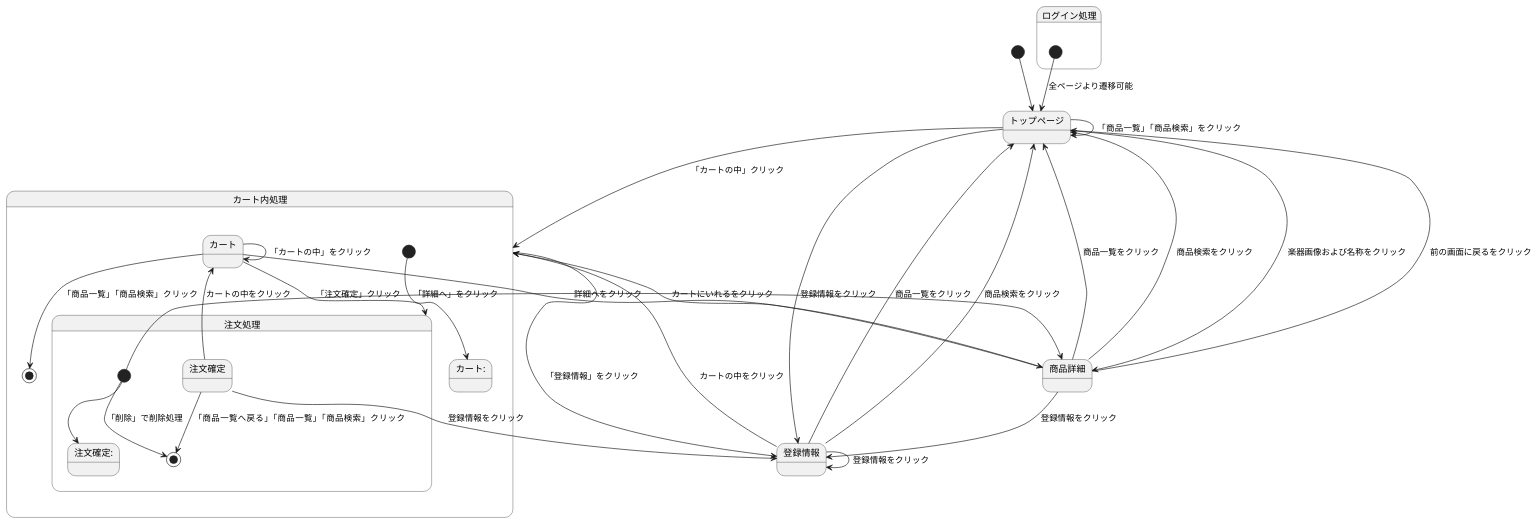
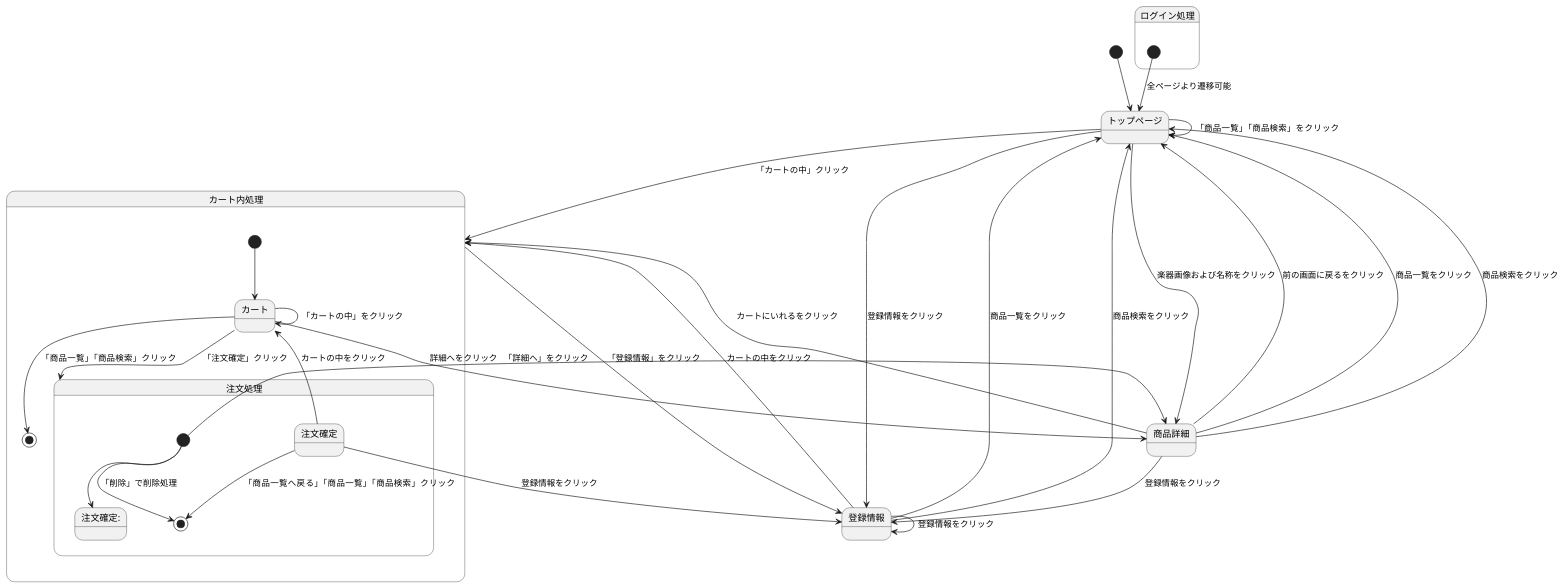
The third of 3 diagrams in stm01.md (Aso2001374/2021sys-design), drawn with PlantUML before and after one commit.

````diff
--- a/stm01.md
+++ b/stm01.md
@@ -55,52 +55,52 @@
 ```uml
 @startuml
 [*] --> トップページ
 
 トップページ--> トップページ : 「商品一覧」「商品検索」をクリック
 トップページ--> カート内処理 : 「カートの中」クリック
 トップページ--> 登録情報 : 登録情報をクリック
 トップページ--> 商品詳細 : 楽器画像および名称をクリック
 
 
 商品詳細--> トップページ : 前の画面に戻るをクリック
 商品詳細--> トップページ : 商品一覧をクリック
 商品詳細--> トップページ : 商品検索をクリック
 商品詳細--> 登録情報 : 登録情報をクリック
 
 
 
 
 
 
 登録情報 --> トップページ : 商品一覧をクリック
 登録情報 --> トップページ : 商品検索をクリック
 登録情報 --> カート内処理 : カートの中をクリック
 登録情報 --> 登録情報 : 登録情報をクリック
 
 state ログイン処理{
 [*] --> トップページ : 全ページより遷移可能
 }
 
 商品詳細--> カート内処理 : カートにいれるをクリック
 
 state カート内処理{
-[*] --> カート:
+[*] --> カート
 カート --> 注文処理 :「注文確定」クリック
 カート--> カート :「カートの中」をクリック
 カート --> 商品詳細 : 詳細へをクリック
 カート--> [*]: 「商品一覧」「商品検索」クリック
 state 注文処理{
 [*]--> 注文確定: 
 [*]--> 商品詳細 : 「詳細へ」をクリック
 [*]--> [*]: 「削除」で削除処理
 注文確定--> [*]: 「商品一覧へ戻る」「商品一覧」「商品検索」クリック
 }
 注文確定 --> カート : カートの中をクリック
 注文確定 --> 登録情報 : 登録情報をクリック
 }
 
 カート内処理--> 登録情報 : 「登録情報」をクリック
 
 
 @enduml
 ```
````
